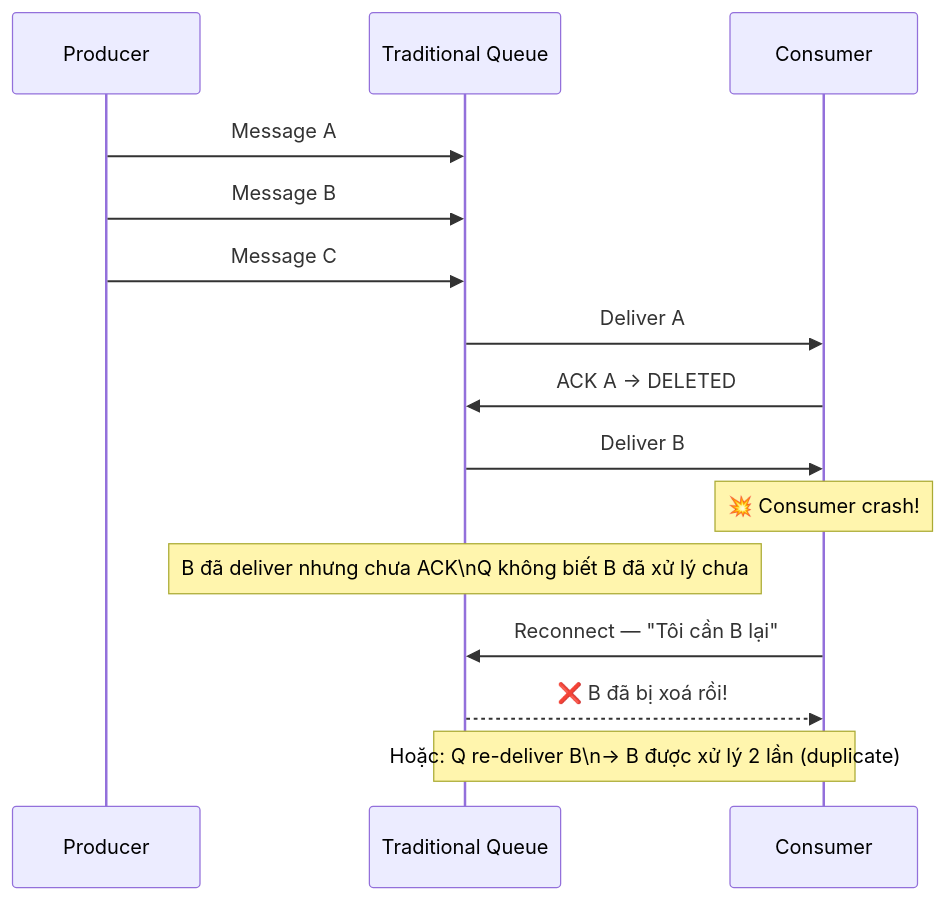
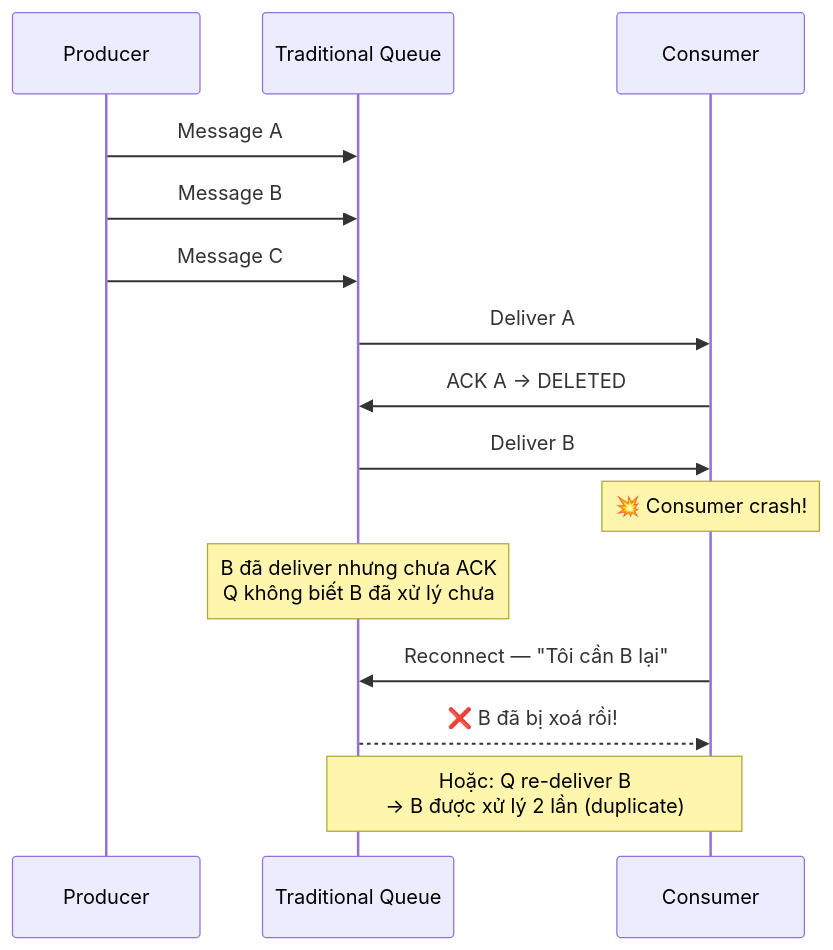
Before and after one commit to dangthobach/dangthobach.github.io: the eighth of 18 diagrams in quartz/content/Microservices-Patterns/Kafka-Partition-and-Offset-Internals.md, drawn with Mermaid. The commit also changed other lines of this file and 114 other files, not shown here.

````diff
--- a/quartz/content/Microservices-Patterns/Kafka-Partition-and-Offset-Internals.md
+++ b/quartz/content/Microservices-Patterns/Kafka-Partition-and-Offset-Internals.md
@@ -224,22 +224,22 @@
 ```mermaid
 sequenceDiagram
     participant P as Producer
     participant Q as Traditional Queue
     participant C as Consumer
 
     P->>Q: Message A
     P->>Q: Message B
     P->>Q: Message C
 
     Q->>C: Deliver A
     C->>Q: ACK A → DELETED
     Q->>C: Deliver B
     Note over C: 💥 Consumer crash!
 
-    Note over Q: B đã deliver nhưng chưa ACK\nQ không biết B đã xử lý chưa
+    Note over Q: B đã deliver nhưng chưa ACK<br/>Q không biết B đã xử lý chưa
 
     C->>Q: Reconnect — "Tôi cần B lại"
     Q-->>C: ❌ B đã bị xoá rồi!
 
-    Note over Q,C: Hoặc: Q re-deliver B\n→ B được xử lý 2 lần (duplicate)
+    Note over Q,C: Hoặc: Q re-deliver B<br/>→ B được xử lý 2 lần (duplicate)
 ```
````
